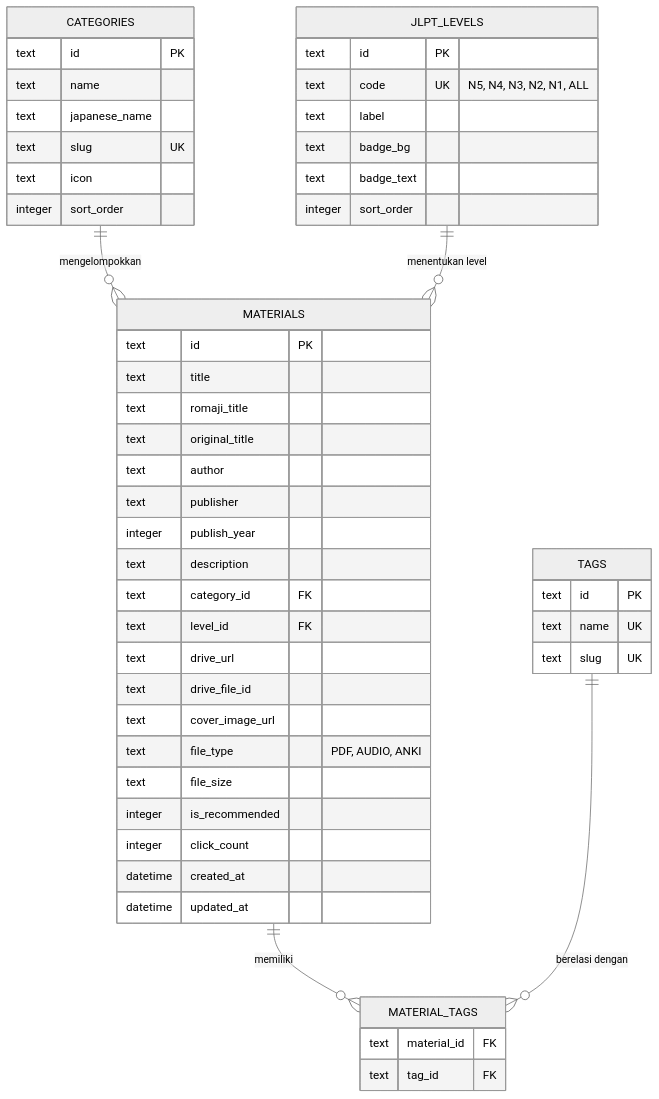
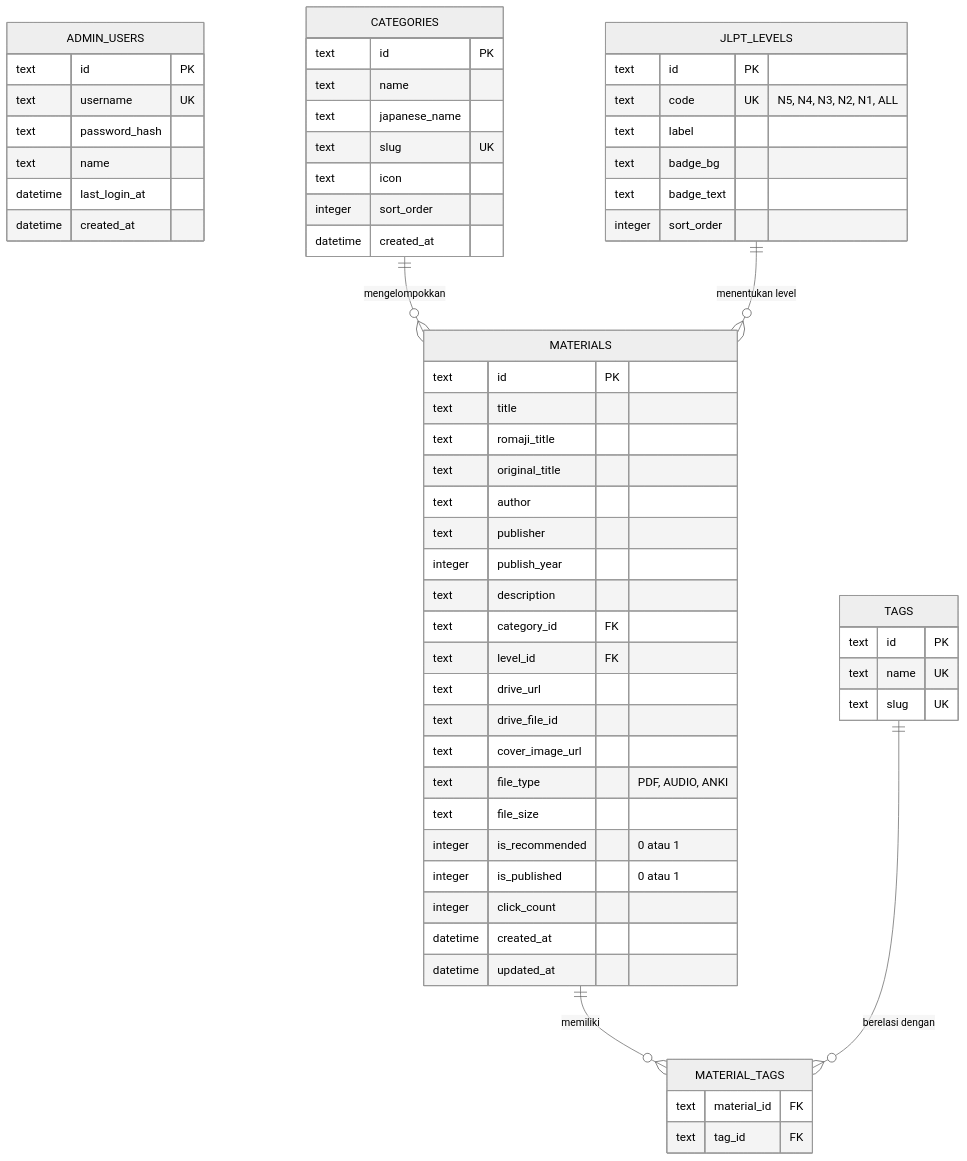
The diagram in doc/DATABASE_SCHEMA.md (cirilalacture/Nihongo-Repo), drawn with Mermaid (neutral theme) before and after one commit. The commit also changed other lines of this file and 4 other files, not shown here.

Commit message:
docs: expand PRD, architecture, schema, design rules, and plan to include Admin CMS module

````diff
--- a/doc/DATABASE_SCHEMA.md
+++ b/doc/DATABASE_SCHEMA.md
@@ -5,58 +5,69 @@
 ```mermaid
 erDiagram
+    ADMIN_USERS {
+        text id PK
+        text username UK
+        text password_hash
+        text name
+        datetime last_login_at
+        datetime created_at
+    }
+
     CATEGORIES ||--o{ MATERIALS : "mengelompokkan"
     JLPT_LEVELS ||--o{ MATERIALS : "menentukan level"
     MATERIALS ||--o{ MATERIAL_TAGS : "memiliki"
     TAGS ||--o{ MATERIAL_TAGS : "berelasi dengan"
 
     CATEGORIES {
         text id PK
         text name
         text japanese_name
         text slug UK
         text icon
         integer sort_order
+        datetime created_at
     }
 
     JLPT_LEVELS {
         text id PK
         text code UK "N5, N4, N3, N2, N1, ALL"
         text label
         text badge_bg
         text badge_text
         integer sort_order
     }
 
     MATERIALS {
         text id PK
         text title
         text romaji_title
         text original_title
         text author
         text publisher
         integer publish_year
         text description
         text category_id FK
         text level_id FK
         text drive_url
         text drive_file_id
         text cover_image_url
         text file_type "PDF, AUDIO, ANKI"
         text file_size
-        integer is_recommended
+        integer is_recommended "0 atau 1"
+        integer is_published "0 atau 1"
         integer click_count
         datetime created_at
         datetime updated_at
     }
 
     TAGS {
         text id PK
         text name UK
         text slug UK
     }
 
     MATERIAL_TAGS {
         text material_id FK
         text tag_id FK
     }
 ```
````
